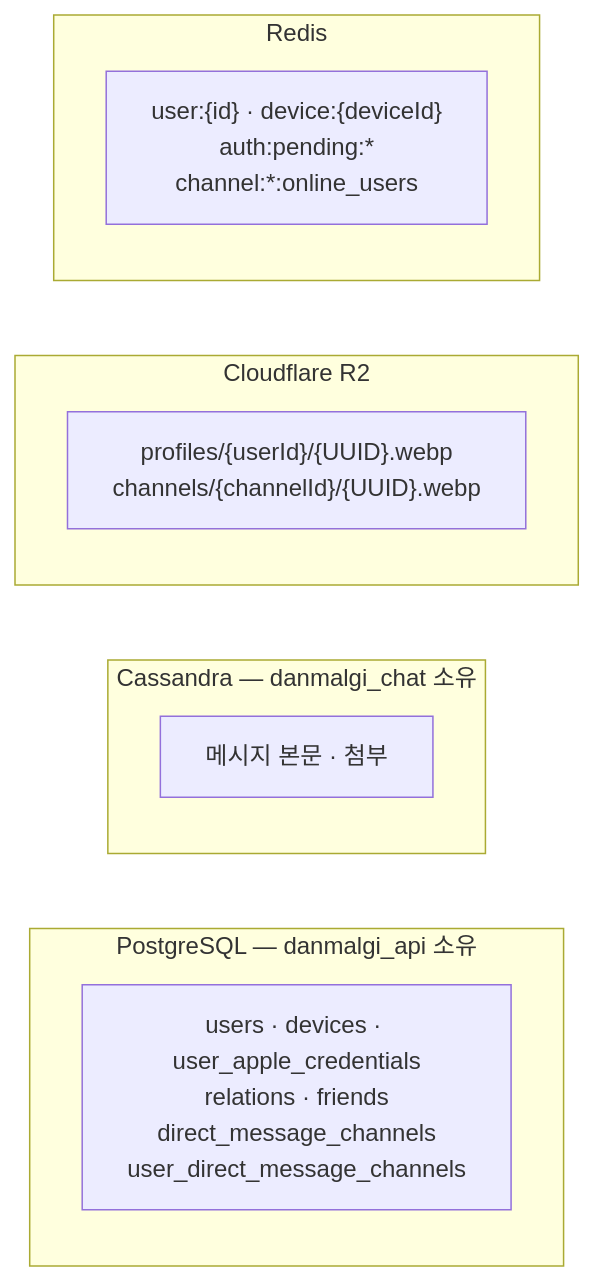
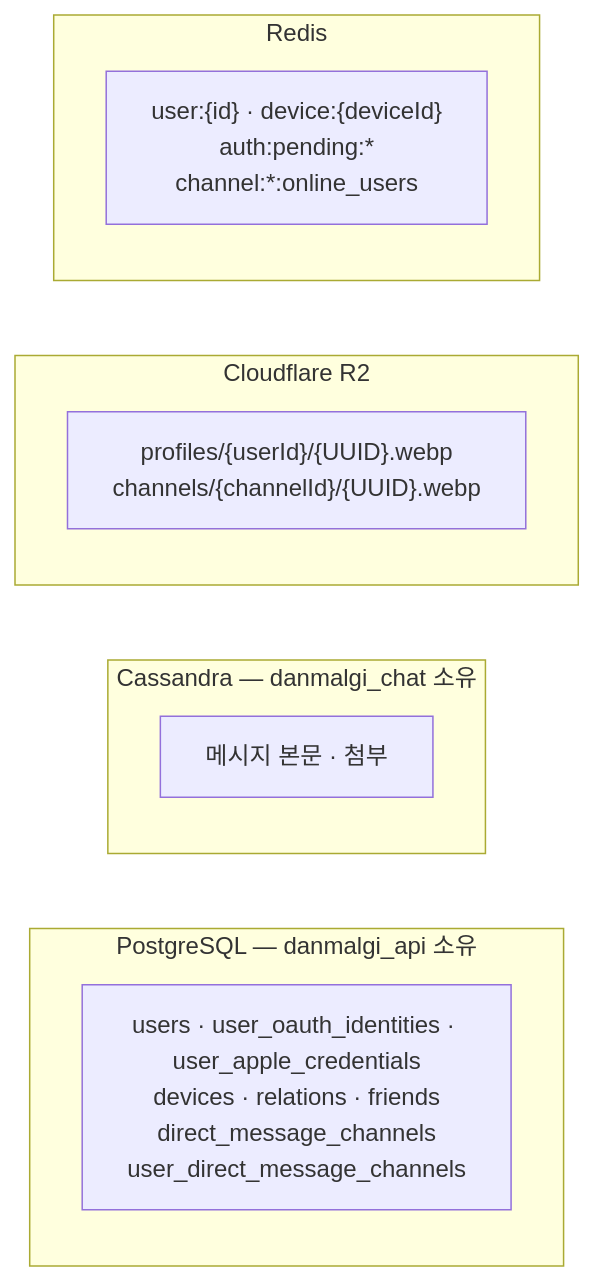
Before and after one commit to danmalgi-project/danmalgi_api: the second of 2 diagrams in docs/01-foundation/data-model.md, drawn with Mermaid. The commit also changed other lines of this file and 61 other files, not shown here.

First line of the commit message:
refactor: OAuth 신원을 users 에서 user_oauth_identities 로 분리

````diff
--- a/docs/01-foundation/data-model.md
+++ b/docs/01-foundation/data-model.md
@@ -167,15 +191,15 @@
 ```mermaid
 flowchart LR
     subgraph PG["PostgreSQL — danmalgi_api 소유"]
-        A["users · devices · user_apple_credentials<br/>relations · friends<br/>direct_message_channels<br/>user_direct_message_channels"]
+        A["users · user_oauth_identities · user_apple_credentials<br/>devices · relations · friends<br/>direct_message_channels<br/>user_direct_message_channels"]
     end
     subgraph CS["Cassandra — danmalgi_chat 소유"]
         B["메시지 본문 · 첨부"]
     end
     subgraph R2["Cloudflare R2"]
         C["profiles/{userId}/{UUID}.webp<br/>channels/{channelId}/{UUID}.webp"]
     end
     subgraph RD["Redis"]
         D["user:{id} · device:{deviceId}<br/>auth:pending:*<br/>channel:*:online_users"]
     end
 ```
````
